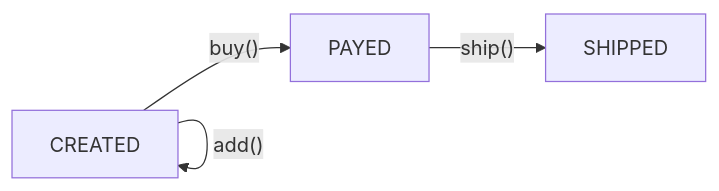
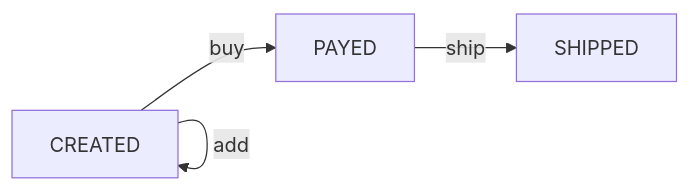
One commit to forax/design-pattern-reloaded changed the second of 4 diagrams in src/main/java/state/README.md. Above: the diagram before and after it, drawn with Mermaid.

````diff
--- a/src/main/java/state/README.md
+++ b/src/main/java/state/README.md
@@ -42,6 +42,6 @@
 ```mermaid
 flowchart LR
-  CREATED -- buy() --> PAYED
-  PAYED -- ship() --> SHIPPED
-  CREATED -- add() --> CREATED
+  CREATED -- buy --> PAYED
+  PAYED -- ship --> SHIPPED
+  CREATED -- add --> CREATED
 ```
````
